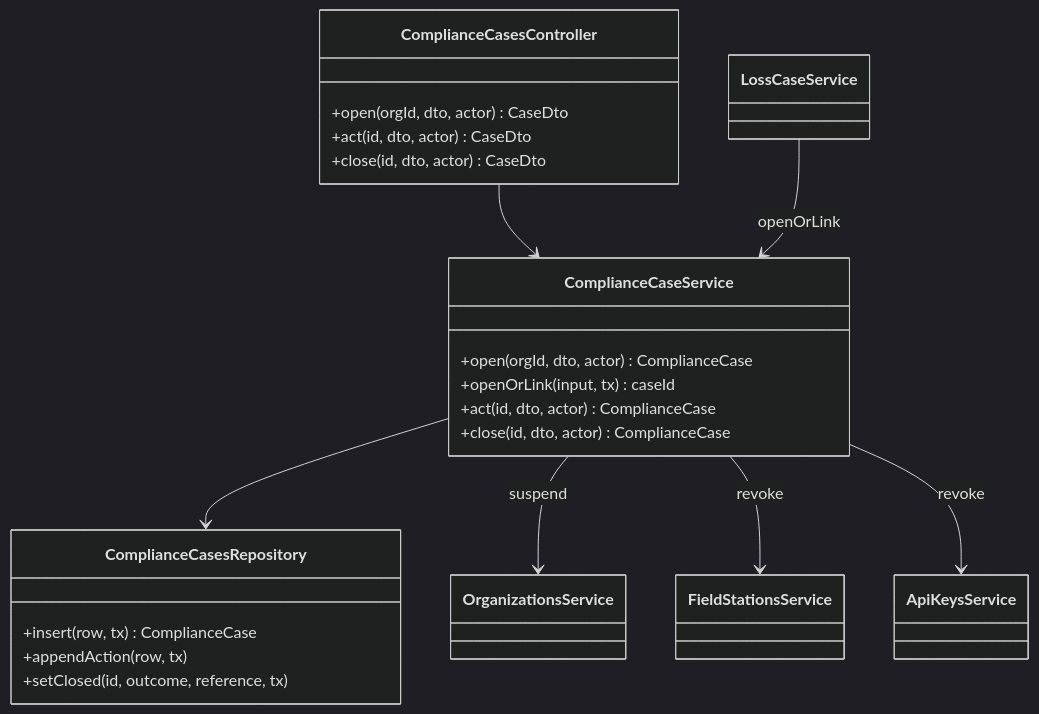
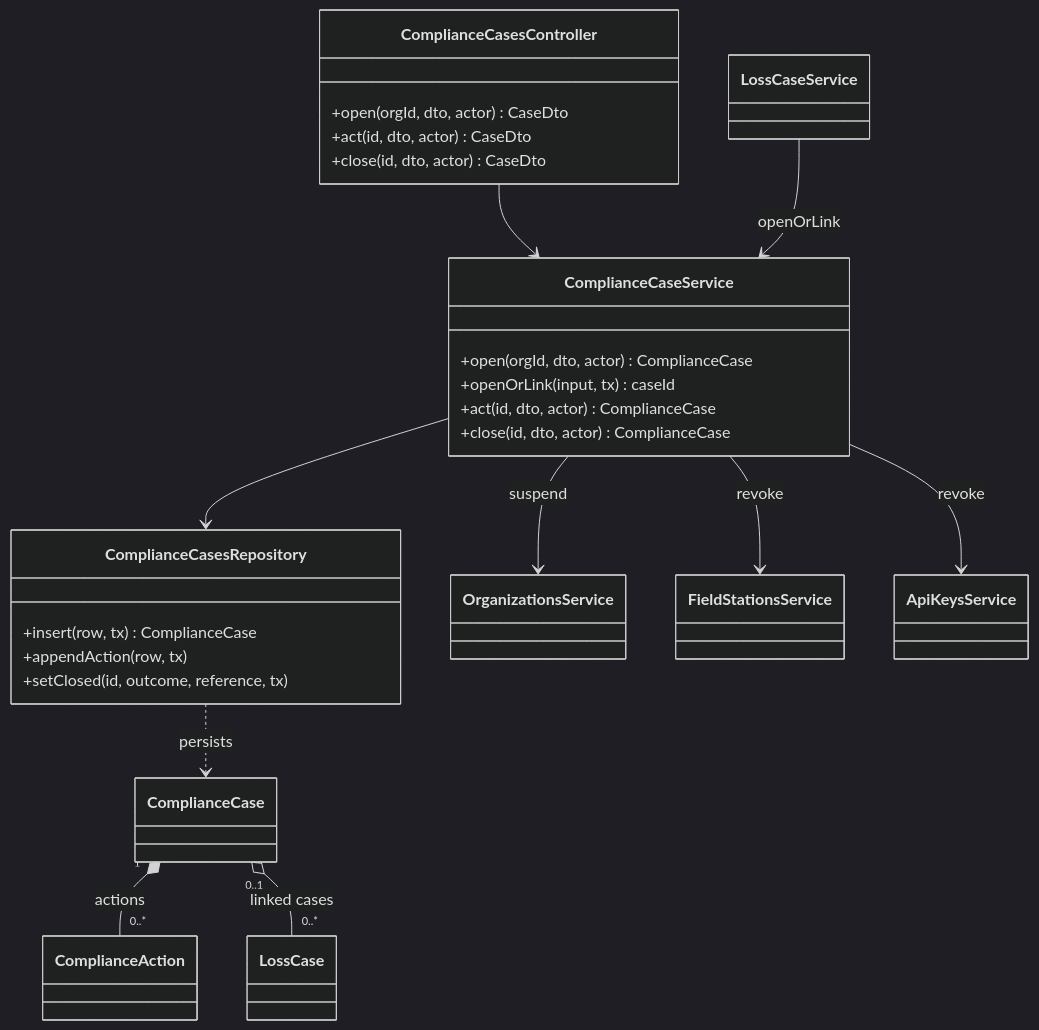
One commit to TrekLink-Team/treklink-web changed the tenth of 11 diagrams in specs/organizations/design.md. Above: the diagram before and after it, drawn with Mermaid (dark theme). The commit also changed other lines of this file and 7 other files, not shown here.

First line of the commit message:
docs: add code-backed UML class relations and split views

````diff
--- a/specs/organizations/design.md
+++ b/specs/organizations/design.md
@@ -443,29 +455,39 @@
 ```mermaid
 classDiagram
     class ComplianceCasesController {
         +open(orgId, dto, actor) CaseDto
         +act(id, dto, actor) CaseDto
         +close(id, dto, actor) CaseDto
     }
     class ComplianceCaseService {
         +open(orgId, dto, actor) ComplianceCase
         +openOrLink(input, tx) caseId
         +act(id, dto, actor) ComplianceCase
         +close(id, dto, actor) ComplianceCase
     }
     class ComplianceCasesRepository {
         +insert(row, tx) ComplianceCase
         +appendAction(row, tx)
         +setClosed(id, outcome, reference, tx)
     }
     class OrganizationsService
     class FieldStationsService
     class ApiKeysService
     class LossCaseService
     ComplianceCasesController --> ComplianceCaseService
     ComplianceCaseService --> ComplianceCasesRepository
     ComplianceCaseService --> OrganizationsService : suspend
     ComplianceCaseService --> FieldStationsService : revoke
     ComplianceCaseService --> ApiKeysService : revoke
     LossCaseService --> ComplianceCaseService : openOrLink
+
+    class ComplianceCase
+    class ComplianceAction
+    class LossCase
+    %% backend/prisma/schema.prisma:631-644; exclusive append-only action history; backend/src/modules/organizations/compliance-cases.repository.ts:129-140; actions cannot exist without their retained case. Restrict, not Cascade.
+    ComplianceCase "1" *-- "0..*" ComplianceAction : actions
+    %% backend/prisma/schema.prisma:959-961; loss cases exist before linking and keep their own device/custody lifecycle.
+    ComplianceCase "0..1" o-- "0..*" LossCase : linked cases
+    %% backend/src/modules/organizations/compliance-cases.repository.ts:78-90; creates the case.
+    ComplianceCasesRepository ..> ComplianceCase : persists
 ```
````
